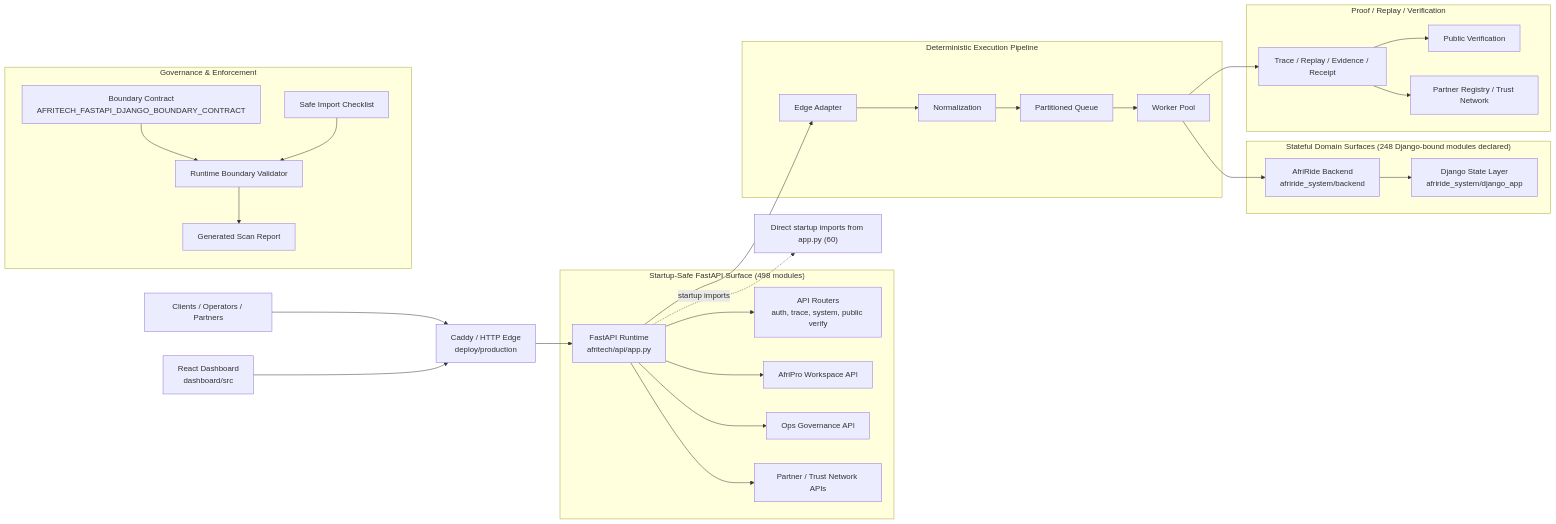
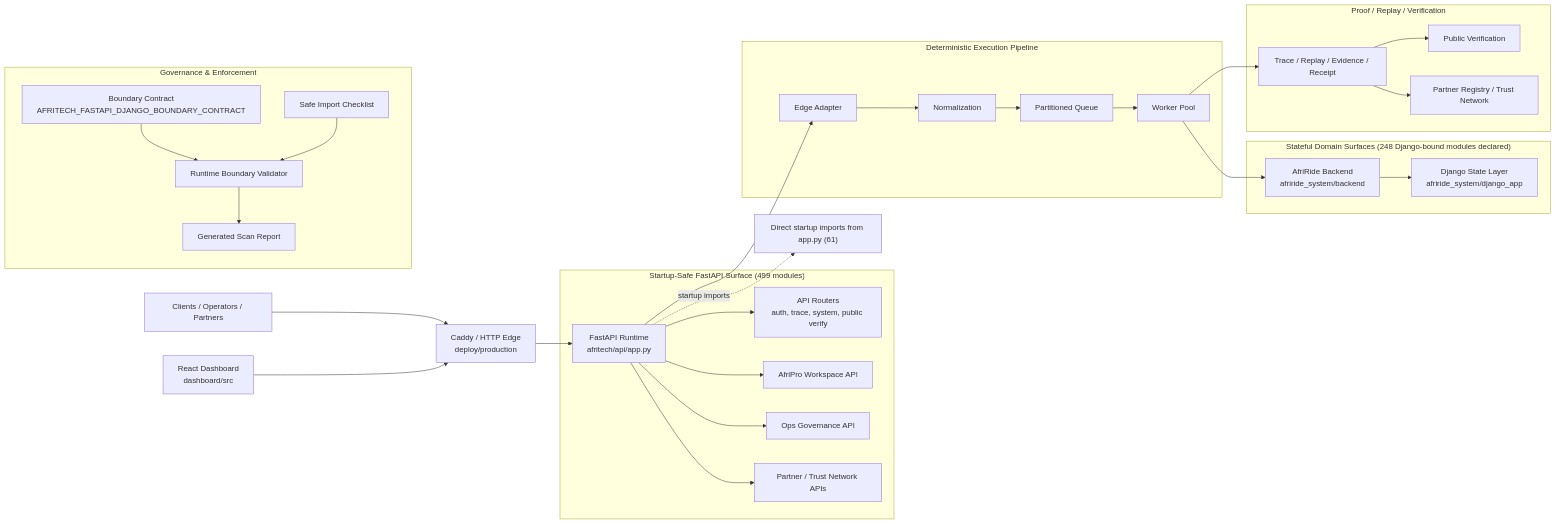
Before and after one commit to Strelly2023/afritelematics: the first of 2 diagrams in docs/architecture/AFRITECH_FULL_ARCHITECTURE_GRAPH.md, drawn with Mermaid. The commit also changed other lines of this file and 7 other files, not shown here.

````diff
--- a/docs/architecture/AFRITECH_FULL_ARCHITECTURE_GRAPH.md
+++ b/docs/architecture/AFRITECH_FULL_ARCHITECTURE_GRAPH.md
@@ -22,39 +22,39 @@
 ```mermaid
 flowchart LR
     Client["Clients / Operators / Partners"] --> Edge["Caddy / HTTP Edge\ndeploy/production"]
     Dashboard["React Dashboard\ndashboard/src"] --> Edge
     Edge --> App["FastAPI Runtime\nafritech/api/app.py"]
 
-    subgraph FastAPI["Startup-Safe FastAPI Surface (498 modules)"]
+    subgraph FastAPI["Startup-Safe FastAPI Surface (499 modules)"]
         App --> Api["API Routers\nauth, trace, system, public verify"]
         App --> Workspace["AfriPro Workspace API"]
         App --> Governance["Ops Governance API"]
         App --> Trust["Partner / Trust Network APIs"]
     end
 
     subgraph Pipeline["Deterministic Execution Pipeline"]
         App --> Adapt["Edge Adapter"]
         Adapt --> Normalize["Normalization"]
         Normalize --> Queue["Partitioned Queue"]
         Queue --> Worker["Worker Pool"]
     end
 
     subgraph State["Stateful Domain Surfaces (248 Django-bound modules declared)"]
         Worker --> Domain["AfriRide Backend\nafriride_system/backend"]
         Domain --> Django["Django State Layer\nafriride_system/django_app"]
     end
 
     subgraph Proof["Proof / Replay / Verification"]
         Worker --> Trace["Trace / Replay / Evidence / Receipt"]
         Trace --> Public["Public Verification"]
         Trace --> Registry["Partner Registry / Trust Network"]
     end
 
     subgraph GovernancePlane["Governance & Enforcement"]
         Contract["Boundary Contract\nAFRITECH_FASTAPI_DJANGO_BOUNDARY_CONTRACT"] --> Validator["Runtime Boundary Validator"]
         Checklist["Safe Import Checklist"] --> Validator
         Validator --> Review["Generated Scan Report"]
     end
 
-    App -. startup imports .-> Imports["Direct startup imports from app.py (60)"]
+    App -. startup imports .-> Imports["Direct startup imports from app.py (61)"]
 ```
````
